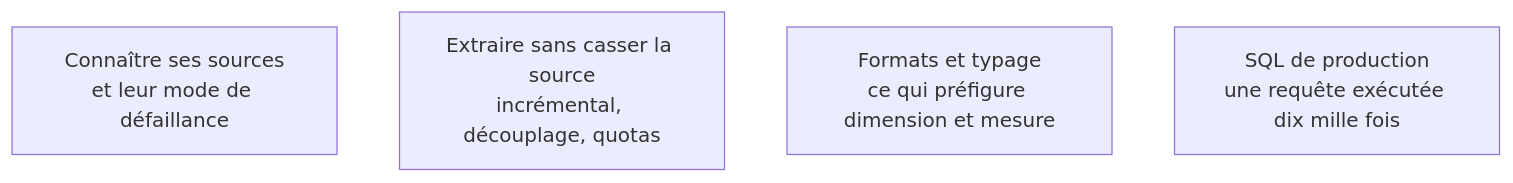
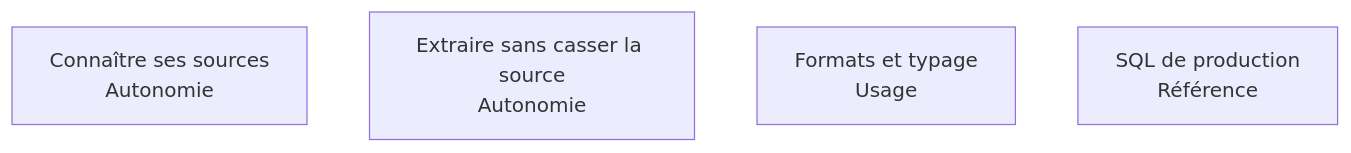
One commit to floSa/Atlas-Metiers-Roadmaps changed the diagram in content/parcours/bi-analyst/socle-de-donnees/index.md. Above: the diagram before and after it, drawn with Mermaid. The commit also changed 20 other files, not shown here.

````diff
--- a/content/parcours/bi-analyst/socle-de-donnees/index.md
+++ b/content/parcours/bi-analyst/socle-de-donnees/index.md
@@ -11,12 +11,12 @@
 ```mermaid
 flowchart TD
-  S["Connaître ses sources<br/>et leur mode de défaillance"]
-  E["Extraire sans casser la source<br/>incrémental, découplage, quotas"]
-  F["Formats et typage<br/>ce qui préfigure dimension et mesure"]
-  Q["SQL de production<br/>une requête exécutée dix mille fois"]
+  S["Connaître ses sources<br/>Autonomie"]
+  E["Extraire sans casser la source<br/>Autonomie"]
+  F["Formats et typage<br/>Usage"]
+  Q["SQL de production<br/>Référence"]
 
   click S "/parcours/bi-analyst/socle-de-donnees/connaitre-ses-sources"
   click E "/parcours/bi-analyst/socle-de-donnees/extraire-sans-casser-la-source"
   click F "/parcours/bi-analyst/socle-de-donnees/formats-et-typage"
   click Q "/parcours/bi-analyst/socle-de-donnees/sql-de-production"
 ```
````
